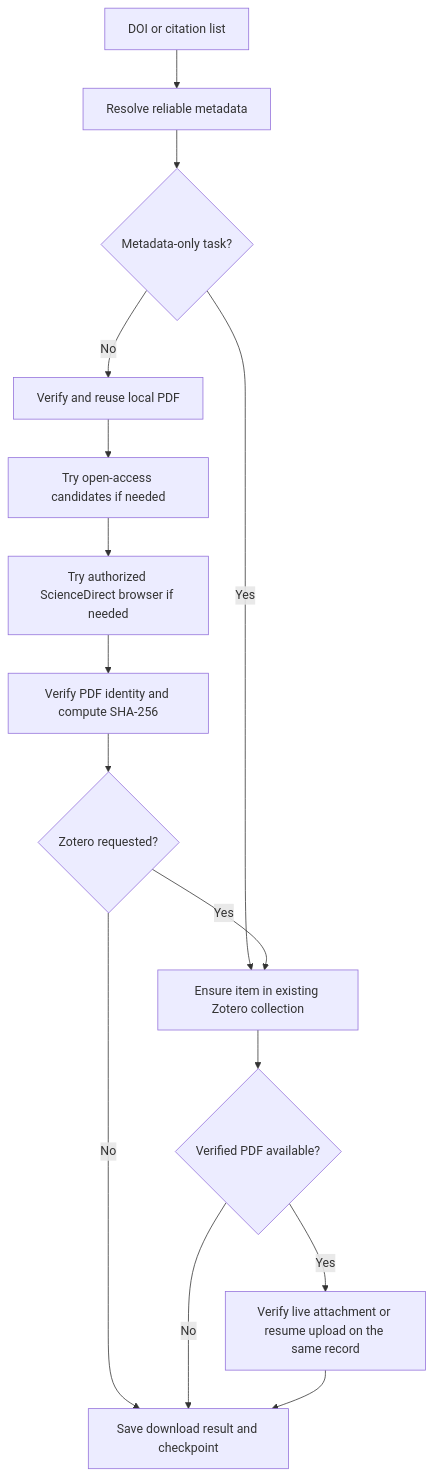
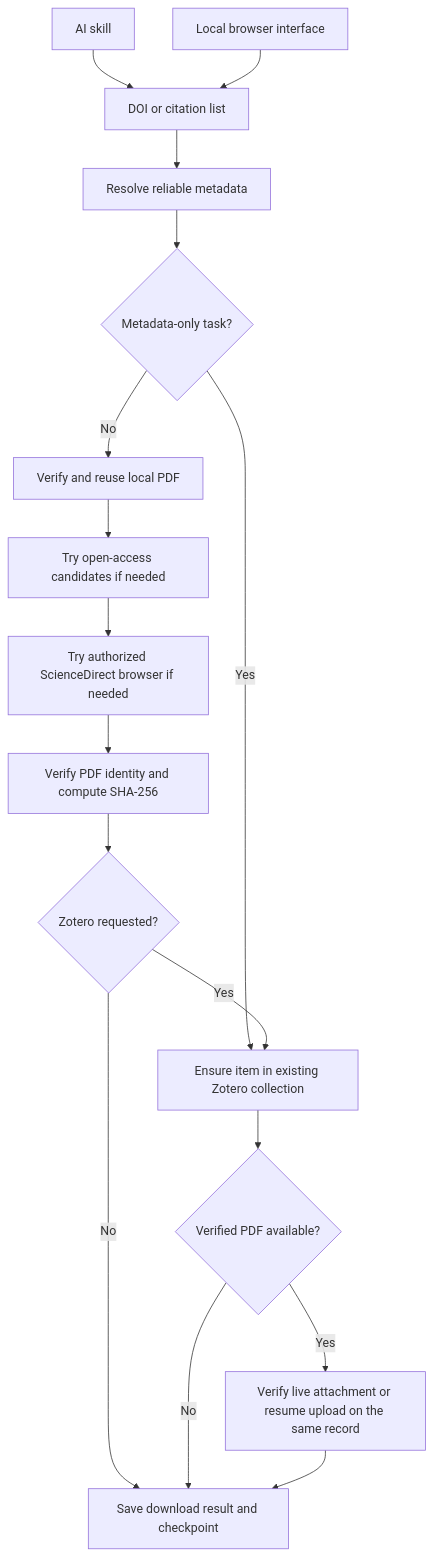
The diagram in docs/architecture.md (Xplore-LAB/paper-tool), drawn with Mermaid before and after one commit. The commit also changed other lines of this file and 23 other files, not shown here.

Commit message:
Add beginner-friendly AI skill and local browser interface for CiteCargo 1.2.0

````diff
--- a/docs/architecture.md
+++ b/docs/architecture.md
@@ -6,17 +7,19 @@
 ```mermaid
 flowchart TD
-    A[DOI or citation list] --> B[Resolve reliable metadata]
+    S[AI skill] --> A[DOI or citation list]
+    W[Local browser interface] --> A
+    A --> B[Resolve reliable metadata]
     B --> M{Metadata-only task?}
     M -- Yes --> Z[Ensure item in existing Zotero collection]
     M -- No --> L[Verify and reuse local PDF]
     L --> O[Try open-access candidates if needed]
     O --> I[Try authorized ScienceDirect browser if needed]
     I --> V[Verify PDF identity and compute SHA-256]
     V --> C{Zotero requested?}
     C -- No --> R[Save download result and checkpoint]
     C -- Yes --> Z
     Z --> P{Verified PDF available?}
     P -- Yes --> U[Verify live attachment or resume upload on the same record]
     P -- No --> R
     U --> R
 ```
````
